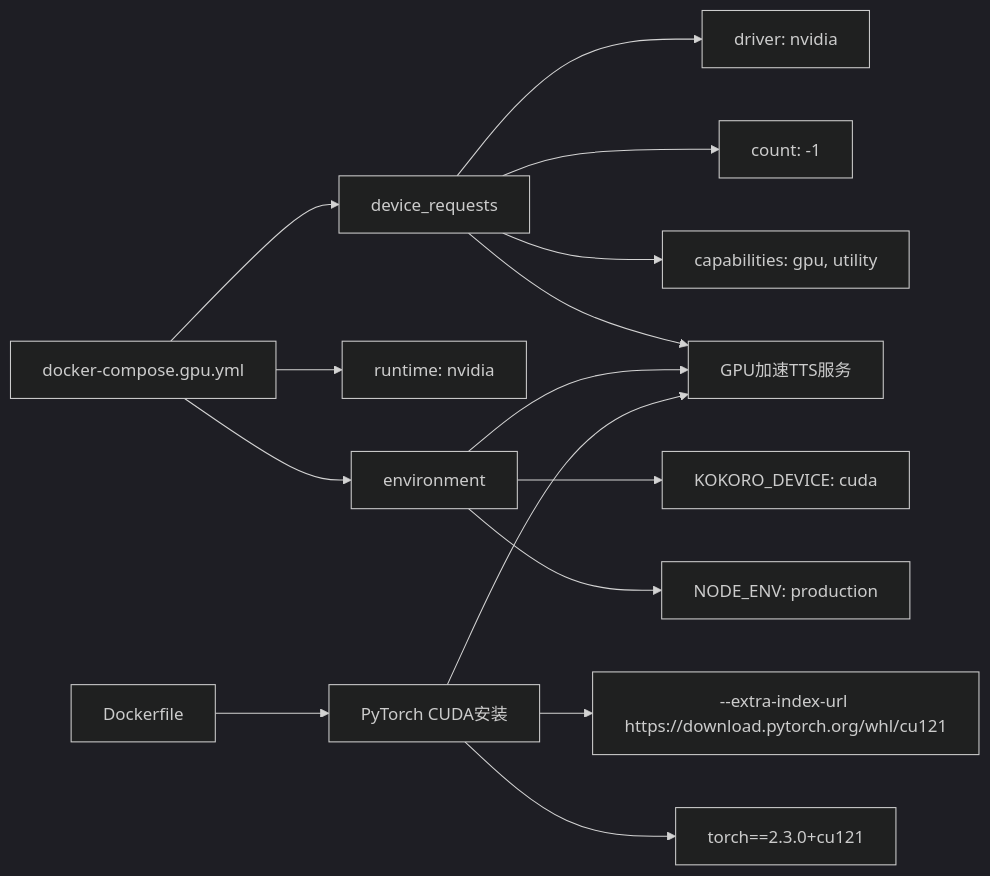
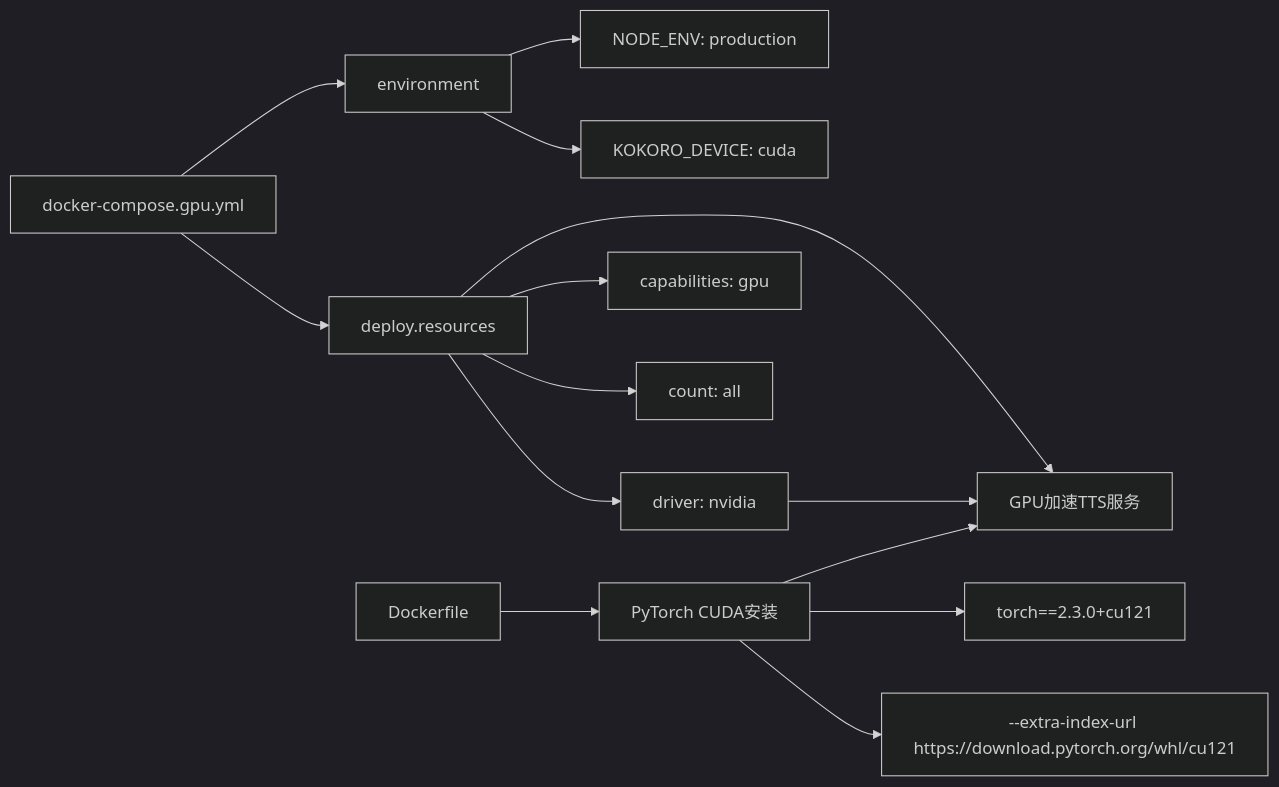
One commit to arthurlee116/english-listening-trainer changed the third of 5 diagrams in .qoder/repowiki/zh/content/部署与运维.md. Above: the diagram before and after it, drawn with Mermaid (dark theme). The commit also changed other lines of this file and 70 other files, not shown here.

````diff
--- a/.qoder/repowiki/zh/content/部署与运维.md
+++ b/.qoder/repowiki/zh/content/部署与运维.md
@@ -80,15 +147,14 @@
 ```mermaid
 graph LR
-A[docker-compose.gpu.yml] --> B[device_requests]
-A --> C[runtime: nvidia]
-A --> D[environment]
-B --> E[driver: nvidia]
-B --> F[count: -1]
-B --> G[capabilities: gpu, utility]
-D --> H[KOKORO_DEVICE: cuda]
-D --> I[NODE_ENV: production]
+A[docker-compose.gpu.yml] --> B[deploy.resources]
+A --> C[environment]
+B --> D[driver: nvidia]
+B --> E[count: all]
+B --> F[capabilities: gpu]
+C --> G[KOKORO_DEVICE: cuda]
+C --> H[NODE_ENV: production]
 J[Dockerfile] --> K[PyTorch CUDA安装]
 K --> L[--extra-index-url https://download.pytorch.org/whl/cu121]
 K --> M[torch==2.3.0+cu121]
 B & D & K --> N[GPU加速TTS服务]
 ```
````
